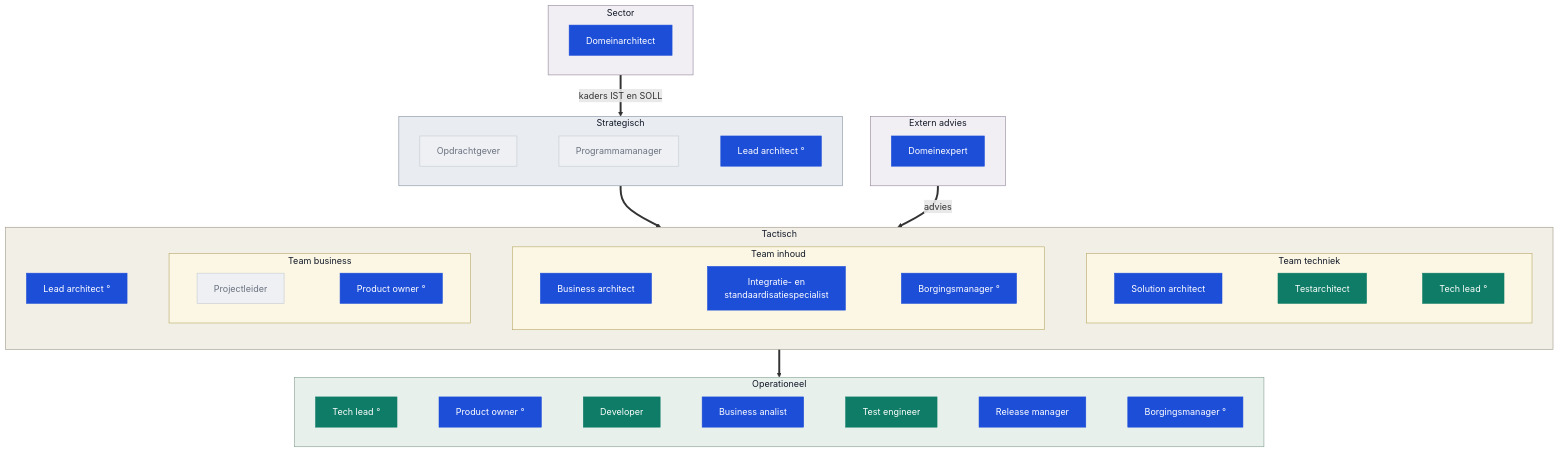
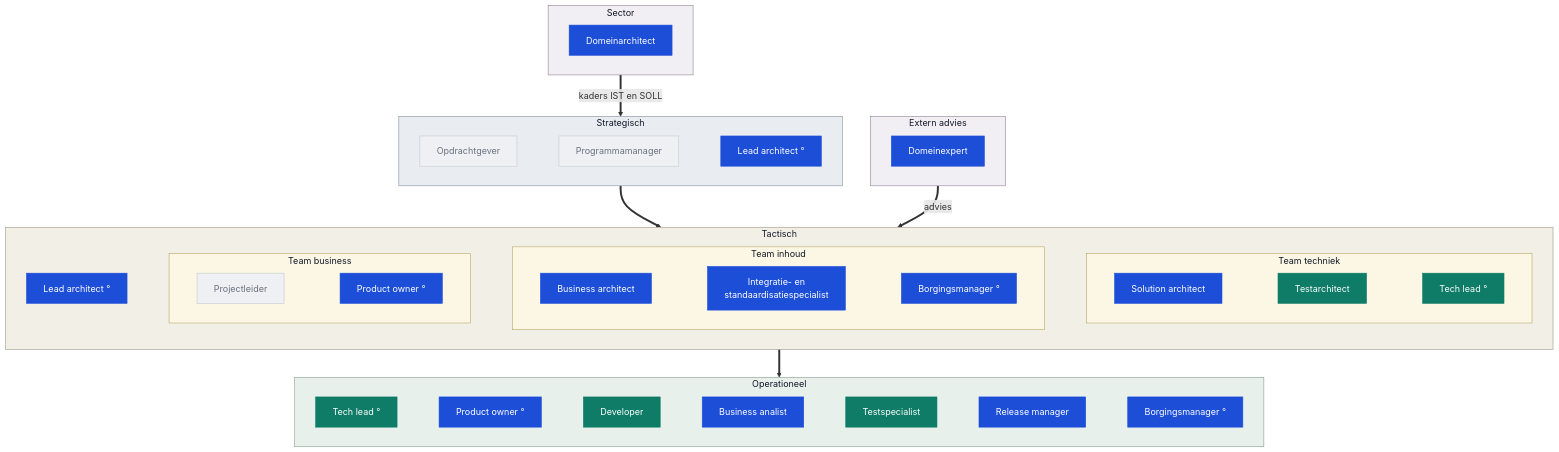
Before and after one commit to Npuls-OKx/meta: the third of 6 diagrams in presentaties/src/260903_rollen.md, drawn with Mermaid. The commit also changed other lines of this file, not shown here.

First line of the commit message:
Testspecialist door het hele deck, en de verdeling nu en straks bijgesteld

````diff
--- a/presentaties/src/260903_rollen.md
+++ b/presentaties/src/260903_rollen.md
@@ -334,69 +334,69 @@
 ```mermaid
 flowchart TB
   subgraph EX["Extern advies"]
     direction LR
     DE["Domeinexpert"]
   end
   subgraph SEC["Sector"]
     direction LR
     DA["Domeinarchitect"]
   end
   subgraph S["Strategisch"]
     direction LR
     OG["Opdrachtgever"] ~~~ PM["Programmamanager"] ~~~ LA1["Lead architect °"]
   end
   subgraph T["Tactisch"]
     direction LR
     LA2["Lead architect °"]
     subgraph TB2["Team business"]
       direction LR
       PL["Projectleider"] ~~~ PO1["Product owner °"]
     end
     subgraph TI["Team inhoud"]
       direction LR
       BAR["Business architect"] ~~~ IS["Integratie- en<br/>standaardisatiespecialist"] ~~~ BM1["Borgingsmanager °"]
     end
     subgraph TT["Team techniek"]
       direction LR
       SA["Solution architect"] ~~~ TA["Testarchitect"] ~~~ TL1["Tech lead °"]
     end
     LA2 ~~~ TB2 ~~~ TI ~~~ TT
   end
   subgraph O["Operationeel"]
     direction LR
-    TL2["Tech lead °"] ~~~ PO2["Product owner °"] ~~~ DEV["Developer"] ~~~ BA["Business analist"] ~~~ TE["Test engineer"] ~~~ RM["Release manager"] ~~~ BM2["Borgingsmanager °"]
+    TL2["Tech lead °"] ~~~ PO2["Product owner °"] ~~~ DEV["Developer"] ~~~ BA["Business analist"] ~~~ TE["Testspecialist"] ~~~ RM["Release manager"] ~~~ BM2["Borgingsmanager °"]
   end
   S ==> T
   T ==> O
   EX ==>|advies| T
   SEC ==>|kaders IST en SOLL| S
   style TB2 fill:#fbf7e4,stroke:#b3a55f,color:#111827
   style TI fill:#fbf7e4,stroke:#b3a55f,color:#111827
   style TT fill:#fbf7e4,stroke:#b3a55f,color:#111827
   style EX fill:#f2eff4,stroke:#8c7e94,color:#111827
   style SEC fill:#f2eff4,stroke:#8c7e94,color:#111827
   style S fill:#e9edf2,stroke:#7d8a99,color:#111827
   style T fill:#f2efe7,stroke:#9a9280,color:#111827
   style O fill:#e8f0ec,stroke:#7f9a8c,color:#111827
   style LA1 fill:#1D4ED8,stroke:#1D4ED8,color:#ffffff
   style LA2 fill:#1D4ED8,stroke:#1D4ED8,color:#ffffff
   style BAR fill:#1D4ED8,stroke:#1D4ED8,color:#ffffff
   style IS fill:#1D4ED8,stroke:#1D4ED8,color:#ffffff
   style SA fill:#1D4ED8,stroke:#1D4ED8,color:#ffffff
   style PO1 fill:#1D4ED8,stroke:#1D4ED8,color:#ffffff
   style PO2 fill:#1D4ED8,stroke:#1D4ED8,color:#ffffff
   style BA fill:#1D4ED8,stroke:#1D4ED8,color:#ffffff
   style RM fill:#1D4ED8,stroke:#1D4ED8,color:#ffffff
   style BM1 fill:#1D4ED8,stroke:#1D4ED8,color:#ffffff
   style BM2 fill:#1D4ED8,stroke:#1D4ED8,color:#ffffff
   style DA fill:#1D4ED8,stroke:#1D4ED8,color:#ffffff
   style DE fill:#1D4ED8,stroke:#1D4ED8,color:#ffffff
   style TL1 fill:#0E7C66,stroke:#0E7C66,color:#ffffff
   style TL2 fill:#0E7C66,stroke:#0E7C66,color:#ffffff
   style DEV fill:#0E7C66,stroke:#0E7C66,color:#ffffff
   style TA fill:#0E7C66,stroke:#0E7C66,color:#ffffff
   style TE fill:#0E7C66,stroke:#0E7C66,color:#ffffff
   style OG fill:#eef0f3,stroke:#c2c8d0,color:#6b7280
   style PM fill:#eef0f3,stroke:#c2c8d0,color:#6b7280
   style PL fill:#eef0f3,stroke:#c2c8d0,color:#6b7280
 ```
````
